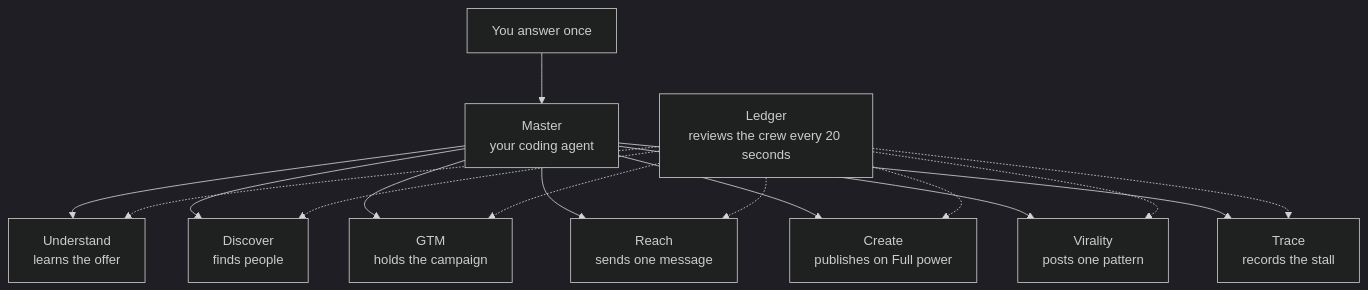
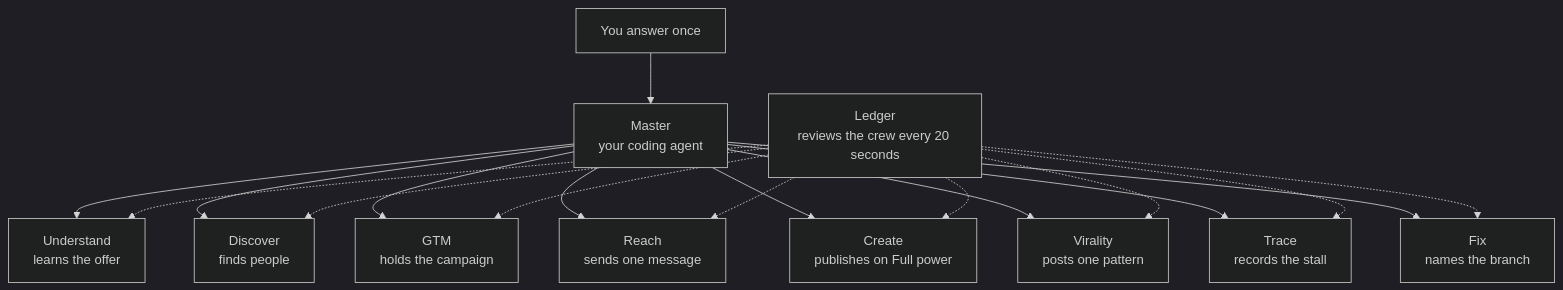
Before and after one commit to maazbin/leadline: the first of 3 diagrams in README.md, drawn with Mermaid (dark theme). The commit also changed other lines of this file and 20 other files, not shown here.

````diff
--- a/README.md
+++ b/README.md
@@ -83,18 +83,20 @@
 ```mermaid
 flowchart TB
   you["You answer once"] --> master["Master<br/>your coding agent"]
   master --> understand["Understand<br/>learns the offer"]
   master --> discover["Discover<br/>finds people"]
   master --> gtm["GTM<br/>holds the campaign"]
   master --> reach["Reach<br/>sends one message"]
   master --> create["Create<br/>publishes on Full power"]
   master --> virality["Virality<br/>posts one pattern"]
   master --> trace["Trace<br/>records the stall"]
+  master --> fix["Fix<br/>names the branch"]
   ledger["Ledger<br/>reviews the crew every 20 seconds"] -.-> understand
   ledger -.-> discover
   ledger -.-> gtm
   ledger -.-> reach
   ledger -.-> create
   ledger -.-> virality
   ledger -.-> trace
+  ledger -.-> fix
 ```
````
